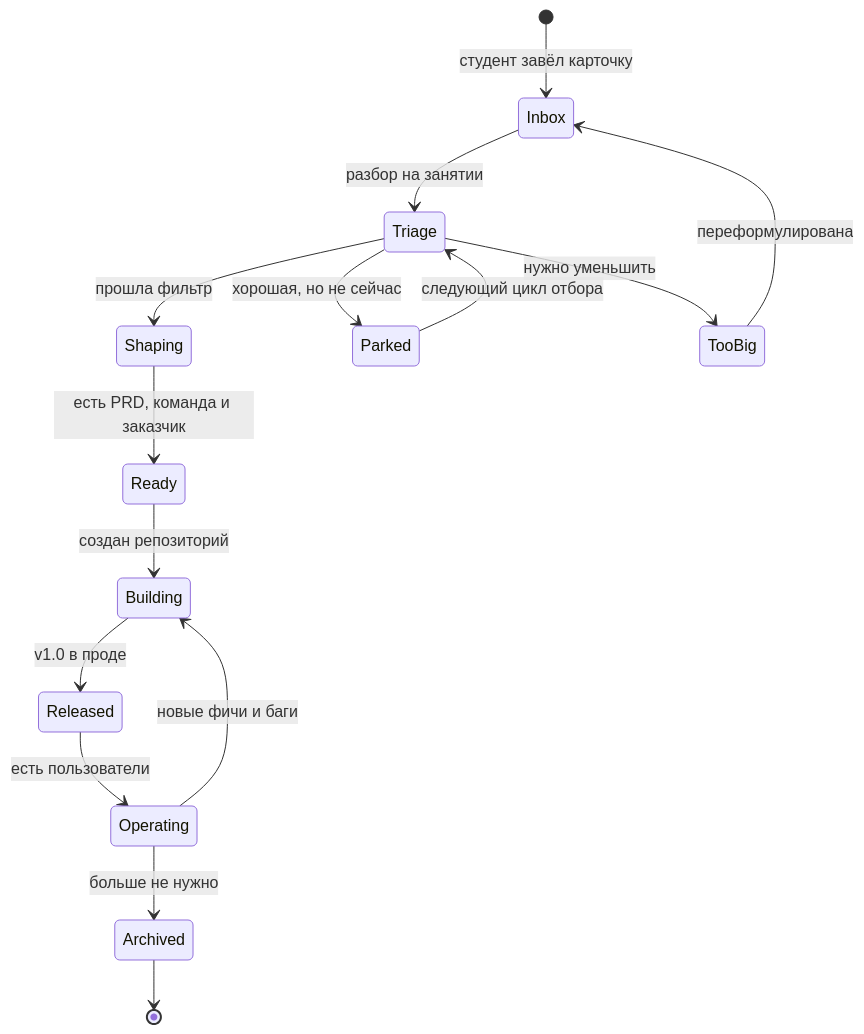
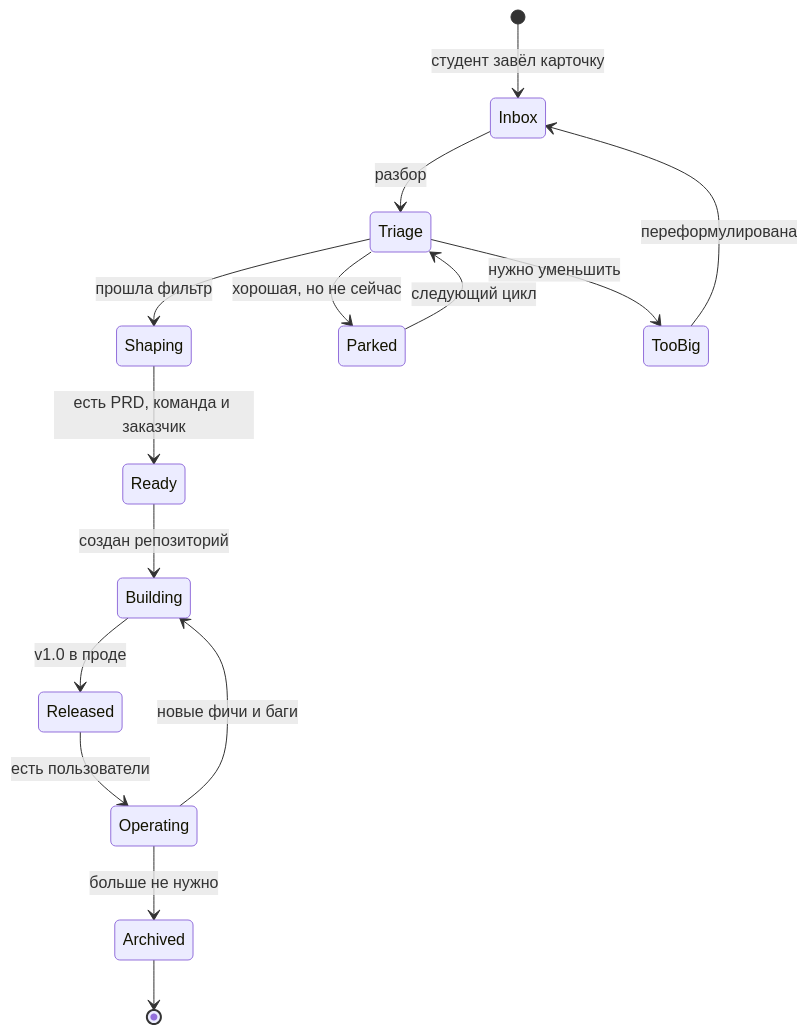
Before and after one commit to DanielyanGarnik/handbook: the second of 3 diagrams in docs/ROADMAP.md, drawn with Mermaid. The commit also changed other lines of this file and 5 other files, not shown here.

First line of the commit message:
docs: rebuild the roadmap and lesson plans for the daily format

````diff
--- a/docs/ROADMAP.md
+++ b/docs/ROADMAP.md
@@ -226,17 +147,17 @@
 ```mermaid
 stateDiagram-v2
     [*] --> Inbox: студент завёл карточку
-    Inbox --> Triage: разбор на занятии
+    Inbox --> Triage: разбор
     Triage --> Shaping: прошла фильтр
     Triage --> Parked: хорошая, но не сейчас
     Triage --> TooBig: нужно уменьшить
     TooBig --> Inbox: переформулирована
-    Parked --> Triage: следующий цикл отбора
+    Parked --> Triage: следующий цикл
     Shaping --> Ready: есть PRD, команда и заказчик
     Ready --> Building: создан репозиторий
     Building --> Released: v1.0 в проде
     Released --> Operating: есть пользователи
     Operating --> Building: новые фичи и баги
     Operating --> Archived: больше не нужно
     Archived --> [*]
 ```
````
